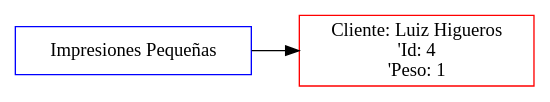
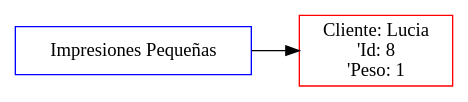
Before and after one commit to FranklinONP/EDD_PROYECTO_202200089: the diagram in Proyecto1/Proyecto1_202200089/Pruebas/PJ/pequena.dot, drawn with Graphviz. The commit also changed 12 other files, not shown here.

```diff
--- a/Proyecto1/Proyecto1_202200089/Pruebas/PJ/pequena.dot
+++ b/Proyecto1/Proyecto1_202200089/Pruebas/PJ/pequena.dot
@@ -1,6 +1,6 @@
  digraph G {
  rankdir=LR;
  inicio [label="Impresiones Pequeñas", color="blue", shape="rectangle"];
- node0 [label="Cliente: Luiz Higueros\n'Id: 4\n'Peso: 1", color="red", shape="rectangle"];
+ node0 [label="Cliente: Lucia\n'Id: 8\n'Peso: 1", color="red", shape="rectangle"];
  inicio -> node0 [dir="forward"];
  }
```
